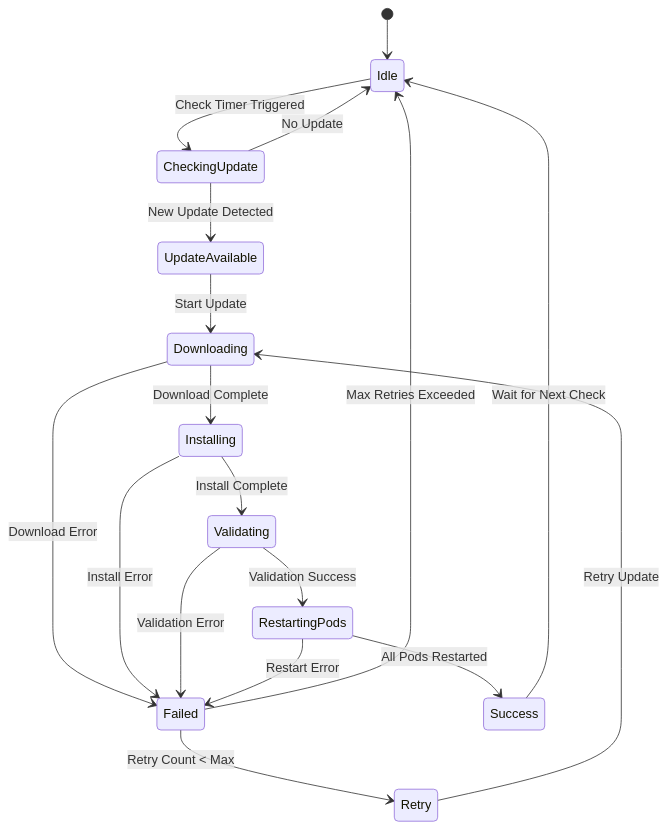
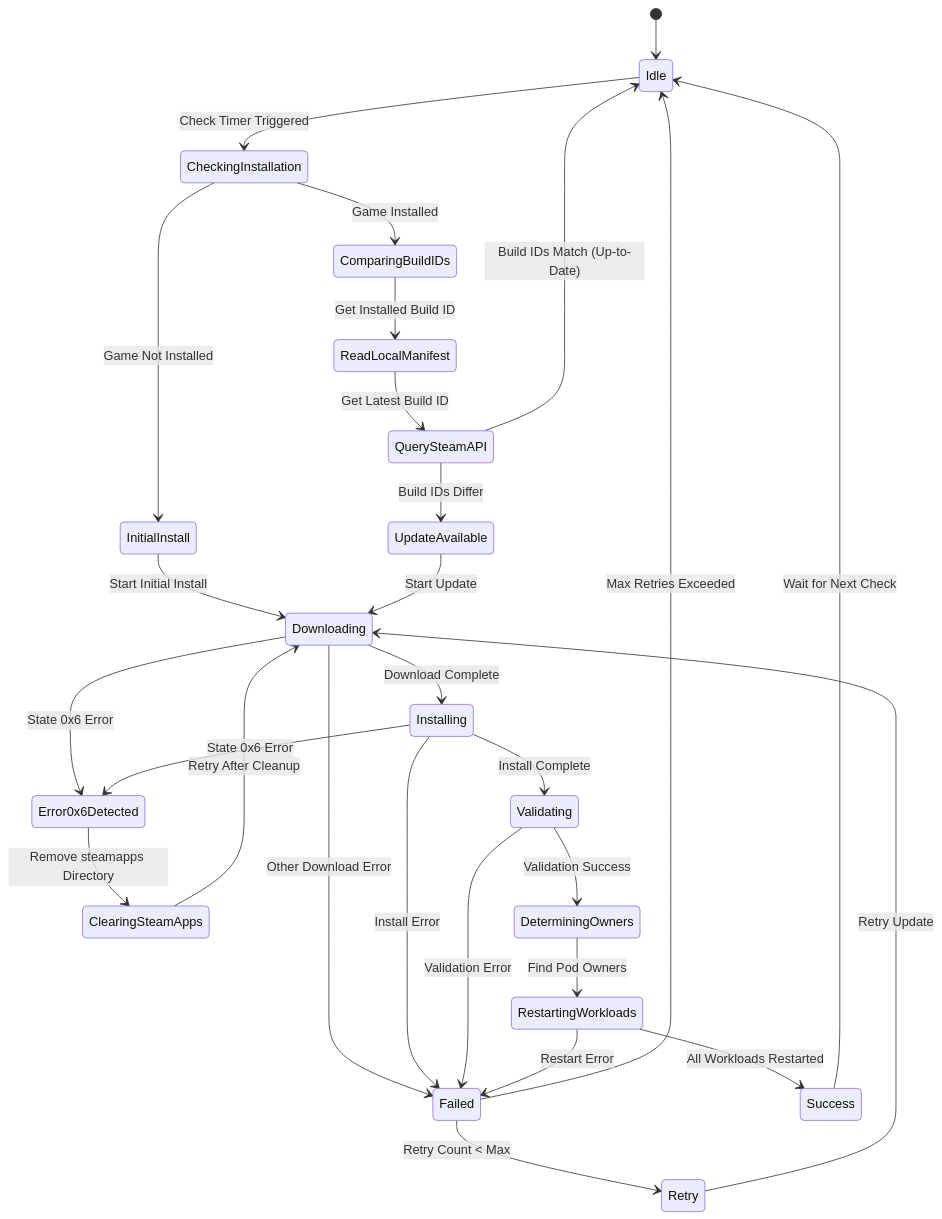
One commit to UDL-TF/UpdateController changed the third of 3 diagrams in README.md. Above: the diagram before and after it, drawn with Mermaid. The commit also changed other lines of this file, not shown here.

First line of the commit message:
Enhance update flow and error handling in README.md

````diff
--- a/README.md
+++ b/README.md
@@ -97,27 +126,41 @@
 ```mermaid
 stateDiagram-v2
     [*] --> Idle
-    Idle --> CheckingUpdate: Check Timer Triggered
-    CheckingUpdate --> UpdateAvailable: New Update Detected
-    CheckingUpdate --> Idle: No Update
+    Idle --> CheckingInstallation: Check Timer Triggered
+
+    CheckingInstallation --> InitialInstall: Game Not Installed
+    CheckingInstallation --> ComparingBuildIDs: Game Installed
+
+    InitialInstall --> Downloading: Start Initial Install
+
+    ComparingBuildIDs --> ReadLocalManifest: Get Installed Build ID
+    ReadLocalManifest --> QuerySteamAPI: Get Latest Build ID
+    QuerySteamAPI --> UpdateAvailable: Build IDs Differ
+    QuerySteamAPI --> Idle: Build IDs Match (Up-to-Date)
 
     UpdateAvailable --> Downloading: Start Update
     Downloading --> Installing: Download Complete
-    Downloading --> Failed: Download Error
+    Downloading --> Error0x6Detected: State 0x6 Error
+    Downloading --> Failed: Other Download Error
+
+    Error0x6Detected --> ClearingSteamApps: Remove steamapps Directory
+    ClearingSteamApps --> Downloading: Retry After Cleanup
 
     Installing --> Validating: Install Complete
+    Installing --> Error0x6Detected: State 0x6 Error
     Installing --> Failed: Install Error
 
-    Validating --> RestartingPods: Validation Success
+    Validating --> DeterminingOwners: Validation Success
     Validating --> Failed: Validation Error
 
-    RestartingPods --> Success: All Pods Restarted
-    RestartingPods --> Failed: Restart Error
+    DeterminingOwners --> RestartingWorkloads: Find Pod Owners
+    RestartingWorkloads --> Success: All Workloads Restarted
+    RestartingWorkloads --> Failed: Restart Error
 
     Success --> Idle: Wait for Next Check
 
     Failed --> Retry: Retry Count < Max
     Failed --> Idle: Max Retries Exceeded
 
     Retry --> Downloading: Retry Update
 ```
````
